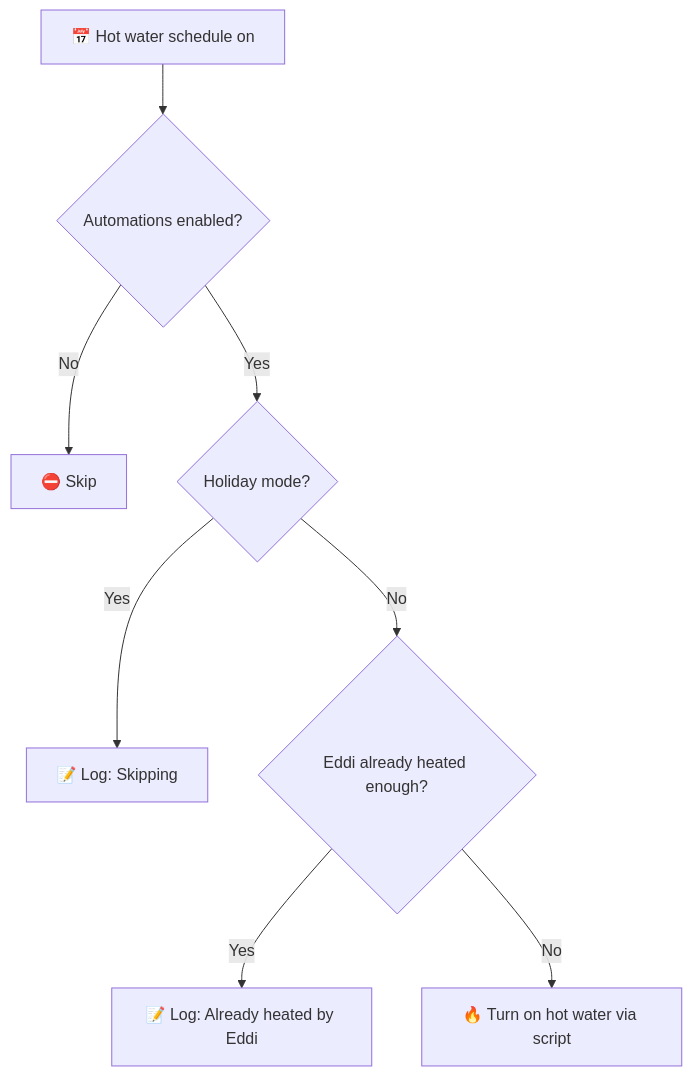
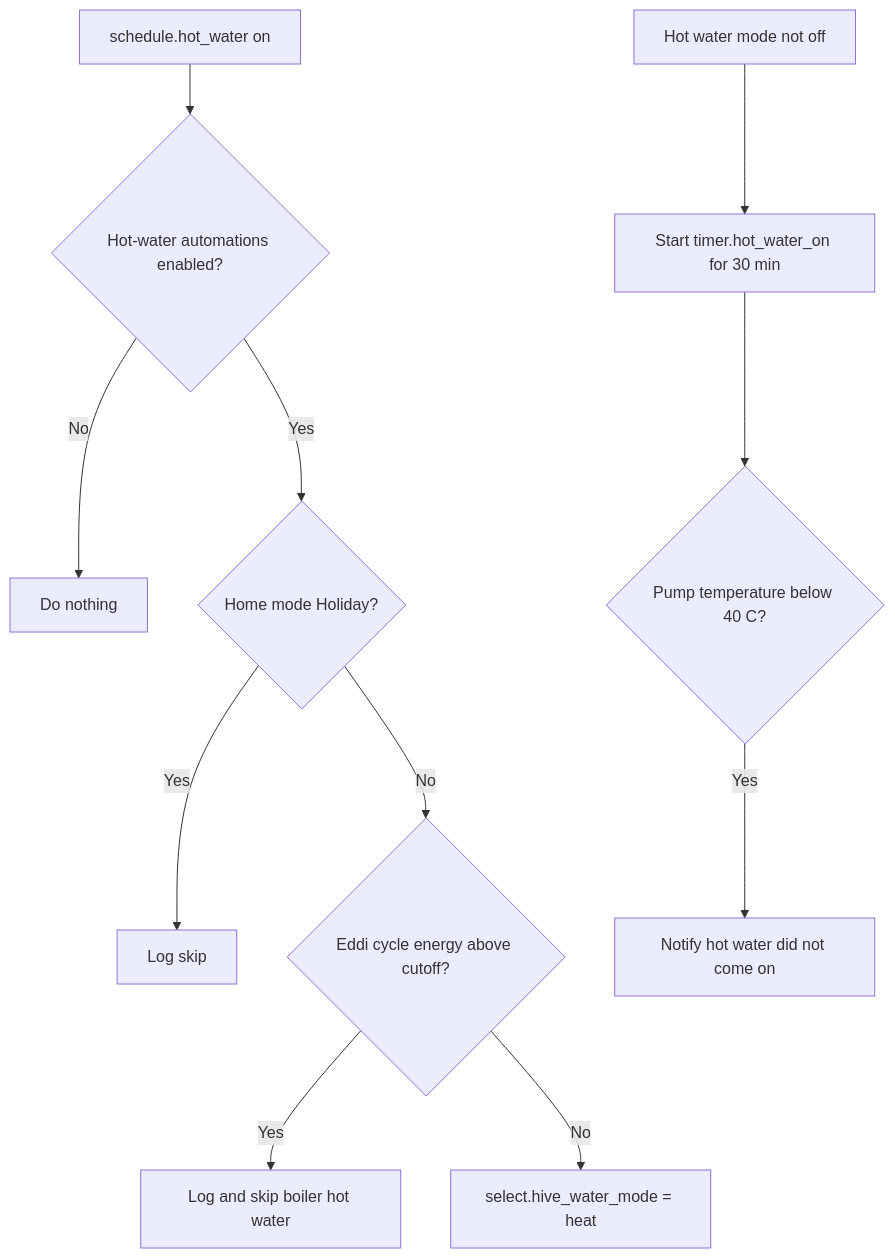
The third of 3 diagrams in packages/integrations/hvac/README.md (dannytsang/homeassistant-config), drawn with Mermaid before and after one commit. The commit also changed other lines of this file and 60 other files, not shown here.

````diff
--- a/packages/integrations/hvac/README.md
+++ b/packages/integrations/hvac/README.md
@@ -147,10 +114,14 @@
 ```mermaid
 flowchart TD
-    A["📅 Hot water schedule on"] --> B{"Automations enabled?"}
-    B -->|No| Z["⛔ Skip"]
-    B -->|Yes| C{"Holiday mode?"}
-    C -->|Yes| D["📝 Log: Skipping"]
-    C -->|No| E{"Eddi already heated enough?"}
-    E -->|Yes| F["📝 Log: Already heated by Eddi"]
-    E -->|No| G["🔥 Turn on hot water via script"]
+    HotSchedule[schedule.hot_water on] --> Enabled{Hot-water automations enabled?}
+    Enabled -->|No| Stop[Do nothing]
+    Enabled -->|Yes| Holiday{Home mode Holiday?}
+    Holiday -->|Yes| LogSkip[Log skip]
+    Holiday -->|No| EddiEnough{Eddi cycle energy above cutoff?}
+    EddiEnough -->|Yes| LogEddi[Log and skip boiler hot water]
+    EddiEnough -->|No| TurnOn[select.hive_water_mode = heat]
+
+    WaterOn[Hot water mode not off] --> Timer[Start timer.hot_water_on for 30 min]
+    Timer --> PumpCheck{Pump temperature below 40 C?}
+    PumpCheck -->|Yes| Alert[Notify hot water did not come on]
 ```
````
